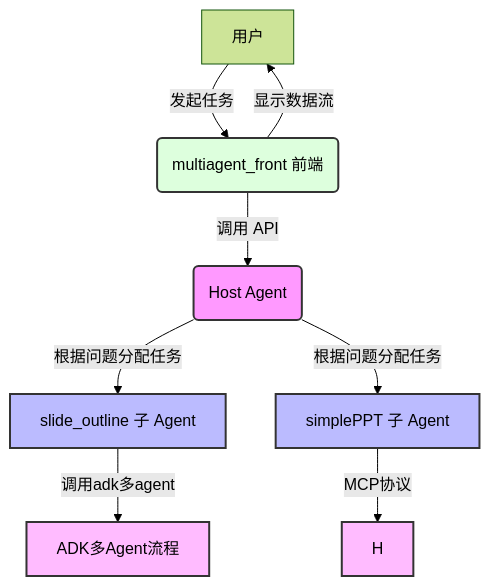
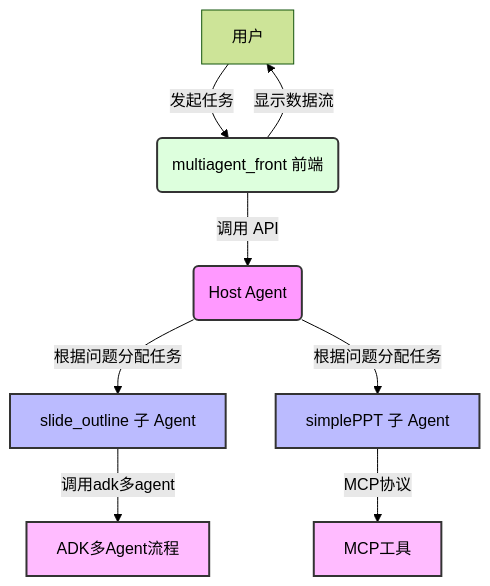
The first of 2 diagrams in backend/README.md (gavanduffy/MultiAgentPPT), drawn with Mermaid (forest theme) before and after one commit.

Commit message:
2025-06-29_00:00

````diff
--- a/backend/README.md
+++ b/backend/README.md
@@ -206,29 +206,29 @@
 ```mermaid
 graph TD
     %% 定义节点
     A[用户] -->|发起任务| B(multiagent_front 前端)
     B -->|调用 API| C(Host Agent)
     
     %% Host Agent 与子 Agent 交互
     C -->|根据问题分配任务| F[slide_outline 子 Agent]
     C -->|根据问题分配任务| G[simplePPT 子 Agent]
     
     %% 子 Agent 与外部服务
     F -->|调用adk多agent| I[ADK多Agent流程]
-    G -->|MCP协议| H
+    G -->|MCP协议| H[MCP工具]
     
     %% 前端显示
     B -->|显示数据流| A
     
     
     %% 样式定义
     classDef host fill:#f9f,stroke:#333,stroke-width:2px;
     classDef agent fill:#bbf,stroke:#333,stroke-width:2px;
     classDef frontend fill:#dfd,stroke:#333,stroke-width:2px;
     classDef external fill:#fbf,stroke:#333,stroke-width:2px;
     
     class C host;
     class F,G agent;
     class B frontend;
     class I,H external;
 ```
````
